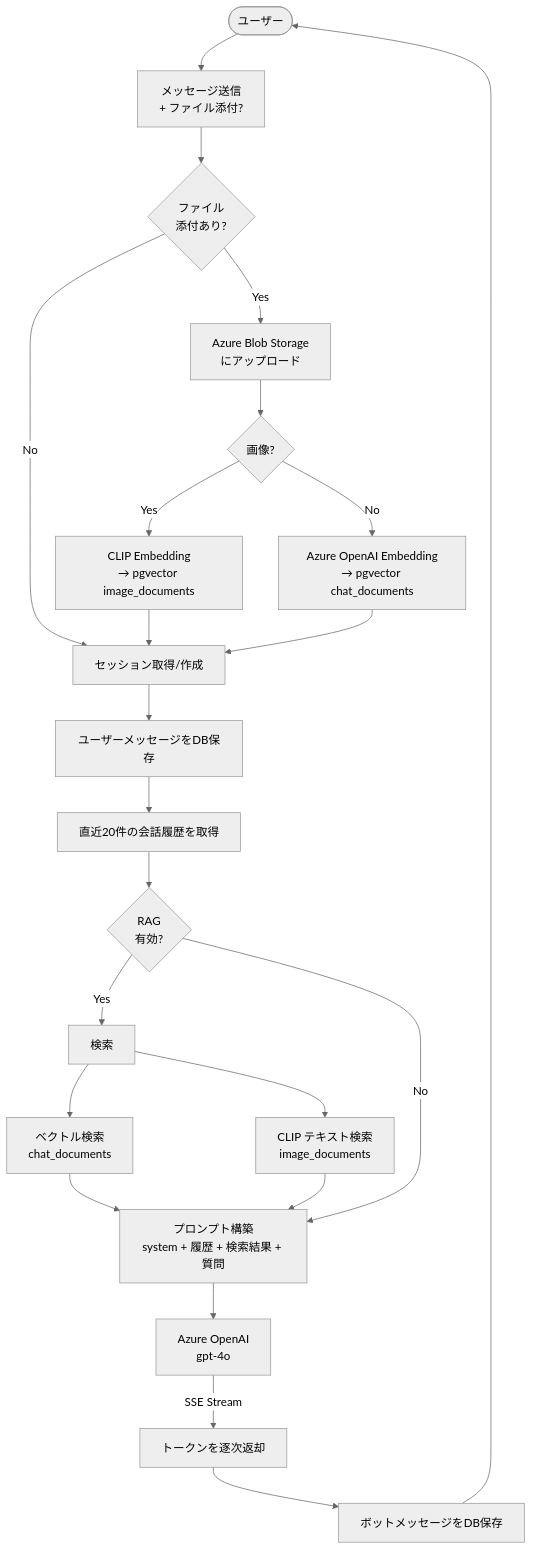
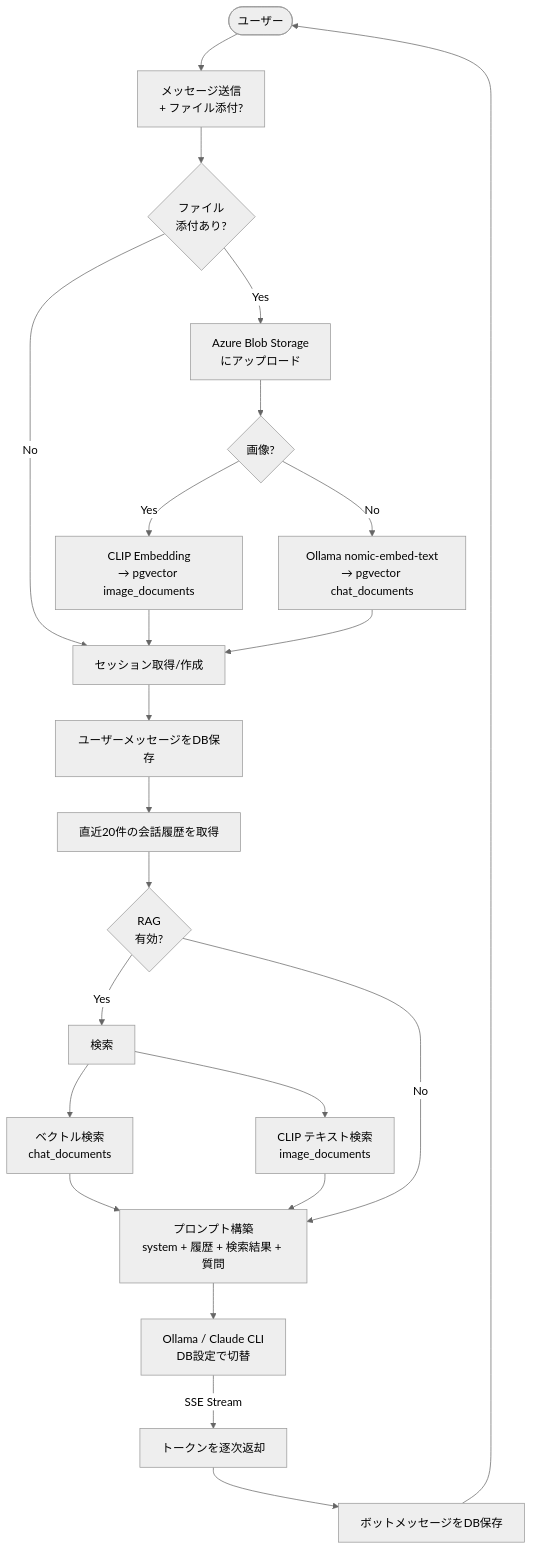
One commit to kazuharayama/chat-sandbox changed the diagram in docs/agent-flow-chat-sandbox.md. Above: the diagram before and after it, drawn with Mermaid (neutral theme). The commit also changed 8 other files, not shown here.

````diff
--- a/docs/agent-flow-chat-sandbox.md
+++ b/docs/agent-flow-chat-sandbox.md
@@ -3,34 +3,34 @@
 ```mermaid
 flowchart TD
     User([ユーザー]) --> Input[メッセージ送信<br/>+ ファイル添付?]
 
     Input --> Upload{ファイル<br/>添付あり?}
     Upload -->|Yes| Blob[Azure Blob Storage<br/>にアップロード]
     Blob --> Process{画像?}
     Process -->|Yes| CLIP[CLIP Embedding<br/>→ pgvector image_documents]
-    Process -->|No| TextEmbed[Azure OpenAI Embedding<br/>→ pgvector chat_documents]
+    Process -->|No| TextEmbed[Ollama nomic-embed-text<br/>→ pgvector chat_documents]
     Upload -->|No| Session
 
     CLIP --> Session
     TextEmbed --> Session
 
     Session[セッション取得/作成] --> SaveUser[ユーザーメッセージをDB保存]
     SaveUser --> History[直近20件の会話履歴を取得]
 
     History --> RAG{RAG<br/>有効?}
 
     RAG -->|Yes| Retrieve[検索]
     Retrieve --> VectorSearch[ベクトル検索<br/>chat_documents]
     Retrieve --> ImageSearch[CLIP テキスト検索<br/>image_documents]
     VectorSearch --> BuildPrompt
     ImageSearch --> BuildPrompt
 
     RAG -->|No| BuildPrompt
 
     BuildPrompt[プロンプト構築<br/>system + 履歴 + 検索結果 + 質問]
 
-    BuildPrompt --> LLM[Azure OpenAI<br/>gpt-4o]
+    BuildPrompt --> LLM[Ollama / Claude CLI<br/>DB設定で切替]
     LLM -->|SSE Stream| Response[トークンを逐次返却]
     Response --> SaveBot[ボットメッセージをDB保存]
     SaveBot --> User
 ```
````
